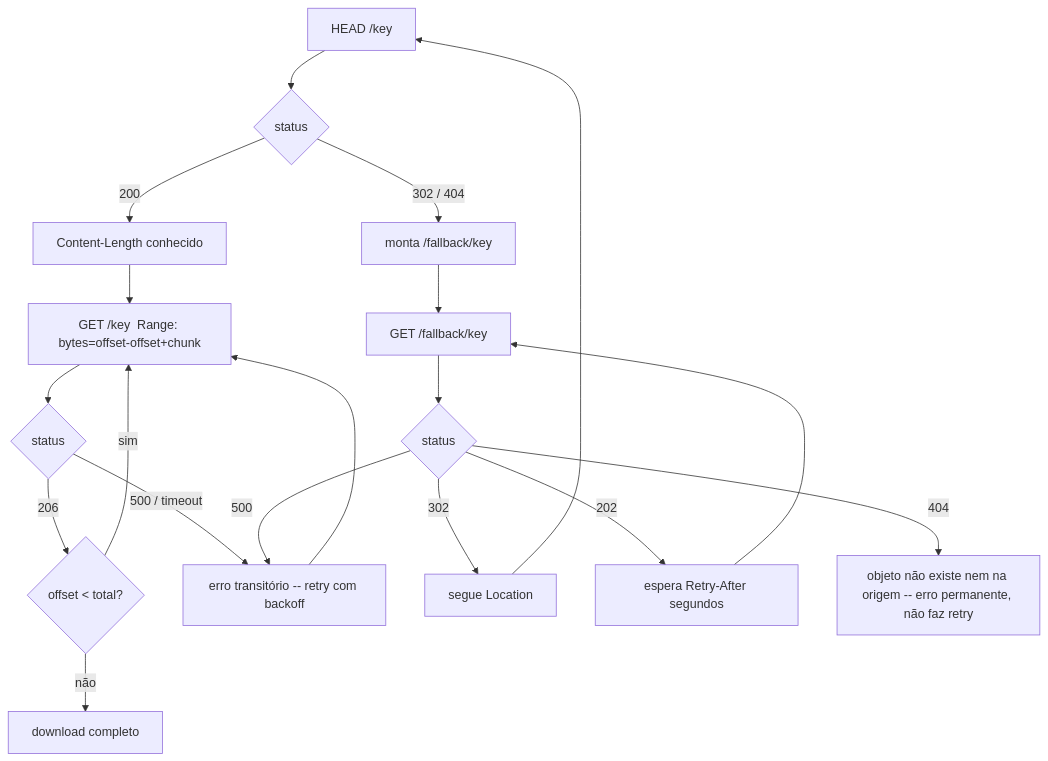
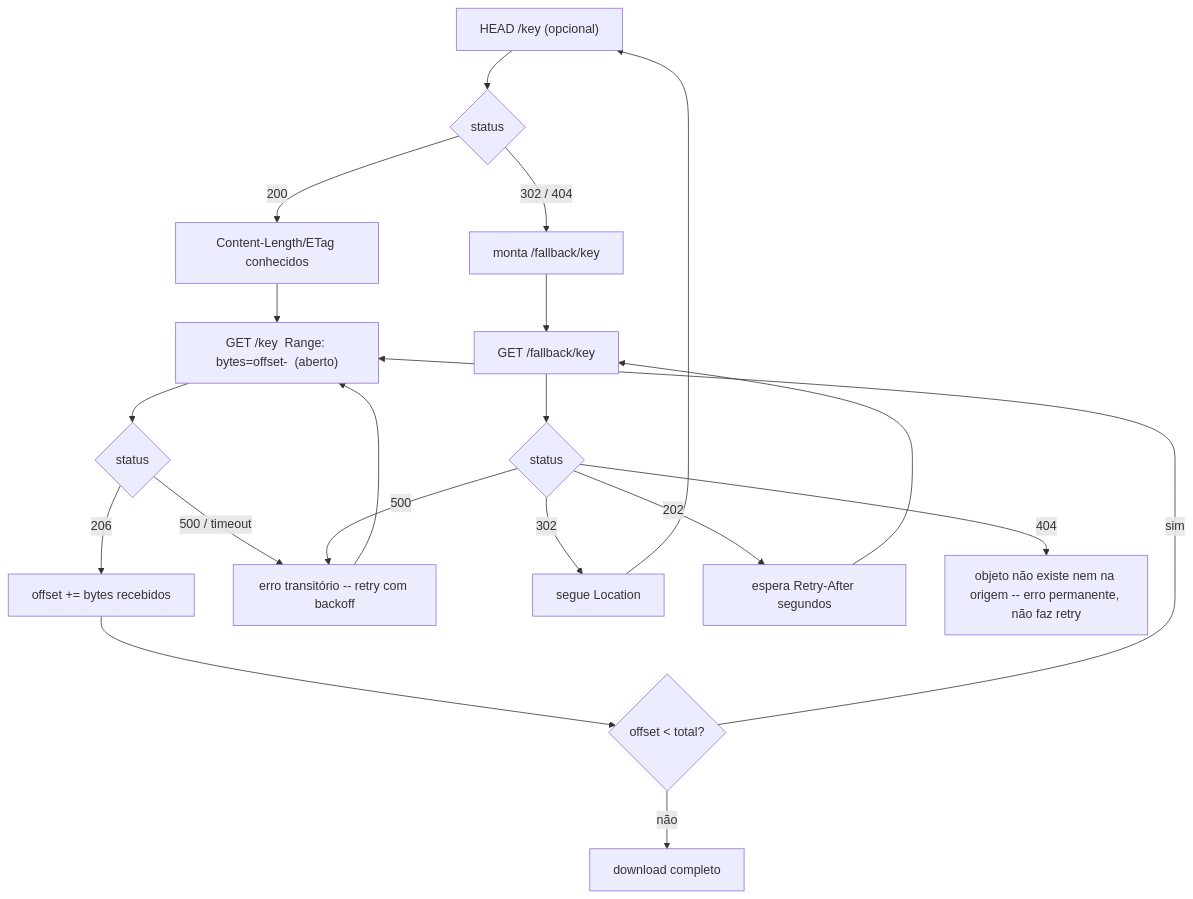
One commit to brunojet/apigw-transfer changed the fourth of 4 diagrams in docs/client-behavior.md. Above: the diagram before and after it, drawn with Mermaid. The commit also changed other lines of this file and 4 other files, not shown here.

First line of the commit message:
docs: add ADR, architecture overview, AWS diagram; revise client contract

````diff
--- a/docs/client-behavior.md
+++ b/docs/client-behavior.md
@@ -129,22 +146,23 @@
 ```mermaid
 flowchart TD
-    A["HEAD /key"] --> B{status}
-    B -->|200| C["Content-Length conhecido"]
-    C --> D["GET /key  Range: bytes=offset-offset+chunk"]
+    A["HEAD /key (opcional)"] --> B{status}
+    B -->|200| C["Content-Length/ETag conhecidos"]
+    C --> D["GET /key  Range: bytes=offset-  (aberto)"]
     D --> E{status}
-    E -->|206| F{offset < total?}
-    F -->|sim| D
-    F -->|não| G["download completo"]
+    E -->|206| F["offset += bytes recebidos"]
+    F --> G{offset < total?}
+    G -->|sim| D
+    G -->|não| Z["download completo"]
     E -->|500 / timeout| H["erro transitório -- retry com backoff"]
     H --> D
 
     B -->|302 / 404| I["monta /fallback/key"]
     I --> J["GET /fallback/key"]
     J --> K{status}
     K -->|302| L["segue Location"]
     L --> A
     K -->|202| M["espera Retry-After segundos"]
     M --> J
     K -->|404| N["objeto não existe nem na origem -- erro permanente, não faz retry"]
     K -->|500| H
 ```
````
